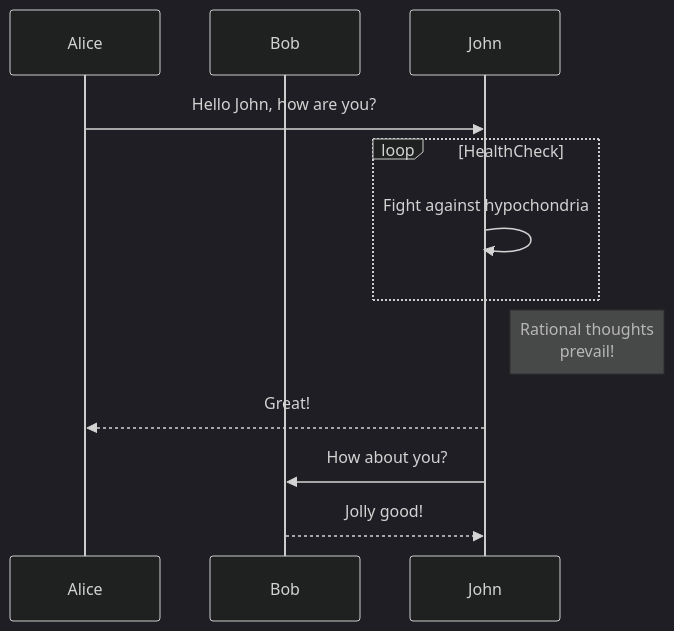
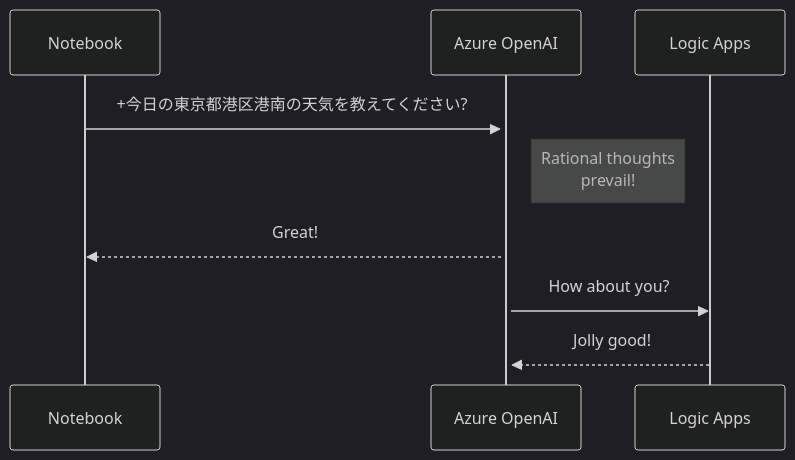
Before and after one commit to tsukashusan/assistants-api-sample-using-python: the diagram in docs/logic-apps.markdown, drawn with Mermaid (dark theme).

````diff
--- a/docs/logic-apps.markdown
+++ b/docs/logic-apps.markdown
@@ -6,13 +6,15 @@
 ```mermaid
 sequenceDiagram
-    participant Alice
-    participant Bob
-    Alice->>John: Hello John, how are you?
-    loop HealthCheck
-        John->>John: Fight against hypochondria
-    end
-    Note right of John: Rational thoughts <br/>prevail!
-    John-->>Alice: Great!
-    John->>Bob: How about you?
-    Bob-->>John: Jolly good!
+    participant Notebook
+    participant Azure OpenAI
+    participant Logic Apps
+
+    Notebook->>+Azure OpenAI: +今日の東京都港区港南の天気を教えてください?
+    %%loop HealthCheck
+    %%    Azure OpenAI->>Azure OpenAI: Fight against hypochondria
+    %%end
+    Note right of Azure OpenAI: Rational thoughts <br/>prevail!
+    Azure OpenAI-->>Notebook: Great!
+    Azure OpenAI->>Logic Apps: How about you?
+    Logic Apps-->>Azure OpenAI: Jolly good!
 ```
````
